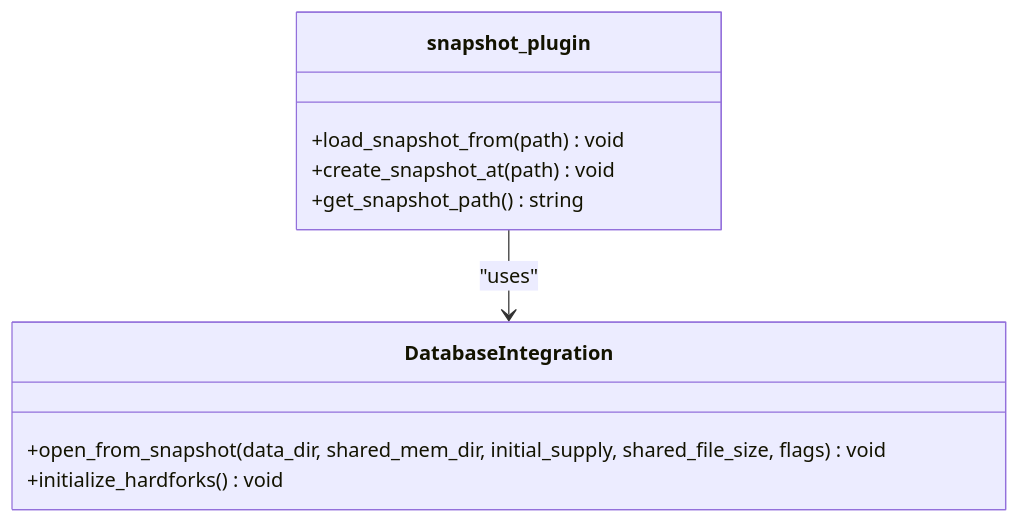
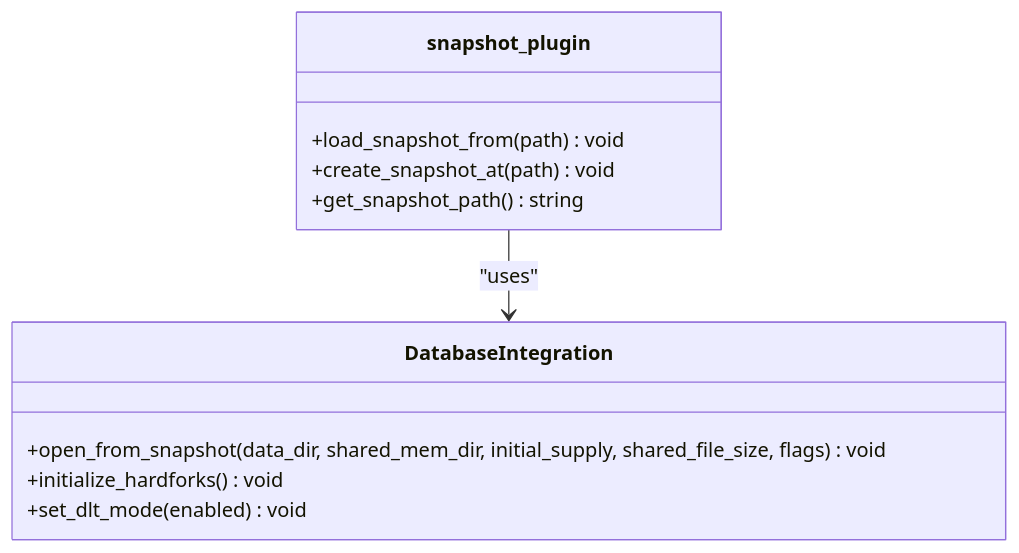
Before and after one commit to VIZ-Blockchain/viz-cpp-node: diagram 12 of 26 in .qoder/repowiki/en/content/Plugin System/Snapshot Plugin System.md, drawn with Mermaid. The commit also changed other lines of this file and 4 other files, not shown here.

First line of the commit message:
feat(dlt): enhance DLT mode detection, validation, and error handling

````diff
--- a/.qoder/repowiki/en/content/Plugin System/Snapshot Plugin System.md
+++ b/.qoder/repowiki/en/content/Plugin System/Snapshot Plugin System.md
@@ -530,13 +555,14 @@
 ```mermaid
 classDiagram
 class snapshot_plugin {
 +load_snapshot_from(path) void
 +create_snapshot_at(path) void
 +get_snapshot_path() string
 }
 class DatabaseIntegration {
 +open_from_snapshot(data_dir, shared_mem_dir, initial_supply, shared_file_size, flags) void
 +initialize_hardforks() void
++set_dlt_mode(enabled) void
 }
 snapshot_plugin --> DatabaseIntegration : "uses"
 ```
````
